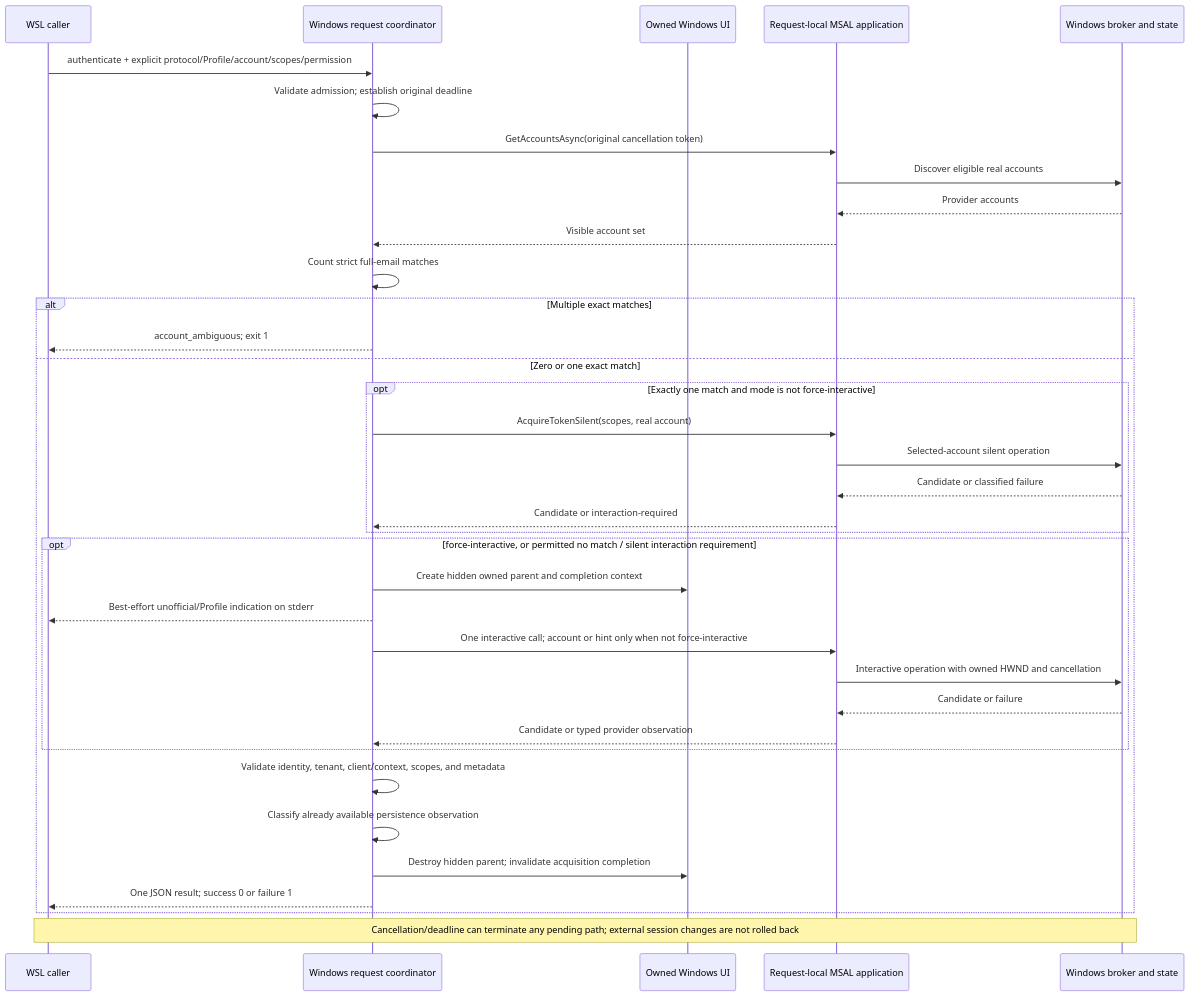
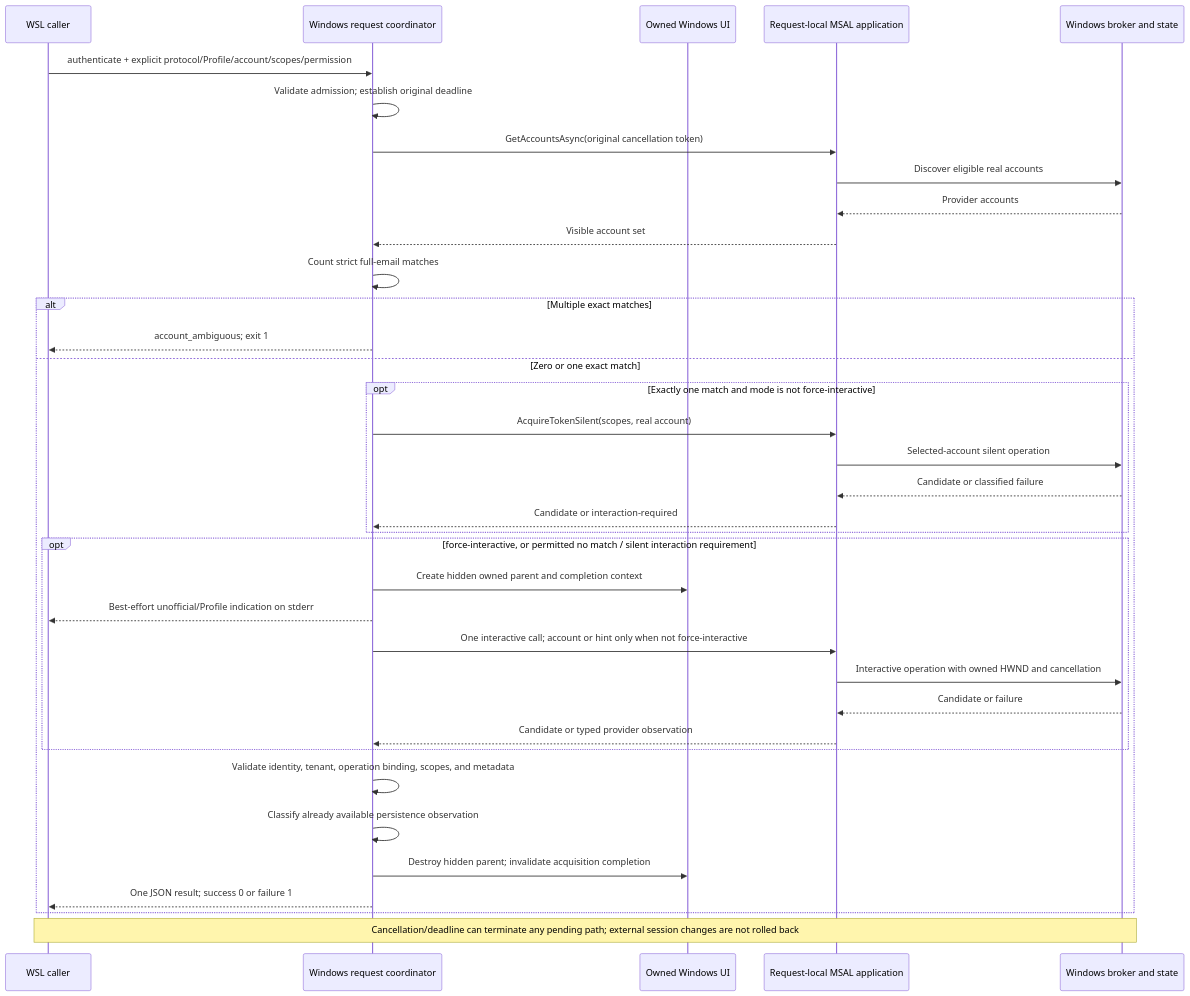
One commit to hcoona/microsoft-authentication-cli changed the second of 4 diagrams in docs/designs/windows-ado-authentication.md. Above: the diagram before and after it, drawn with Mermaid. The commit also changed other lines of this file and 5 other files, not shown here.

````diff
--- a/docs/designs/windows-ado-authentication.md
+++ b/docs/designs/windows-ado-authentication.md
@@ -750,38 +750,38 @@
 ```mermaid
 sequenceDiagram
     participant Caller as WSL caller
     participant CLI as Windows request coordinator
     participant UI as Owned Windows UI
     participant MSAL as Request-local MSAL application
     participant WAM as Windows broker and state
     Caller->>CLI: authenticate + explicit protocol/Profile/account/scopes/permission
     CLI->>CLI: Validate admission#59; establish original deadline
     CLI->>MSAL: GetAccountsAsync(original cancellation token)
     MSAL->>WAM: Discover eligible real accounts
     WAM-->>MSAL: Provider accounts
     MSAL-->>CLI: Visible account set
     CLI->>CLI: Count strict full-email matches
     alt Multiple exact matches
         CLI-->>Caller: account_ambiguous#59; exit 1
     else Zero or one exact match
         opt Exactly one match and mode is not force-interactive
             CLI->>MSAL: AcquireTokenSilent(scopes, real account)
             MSAL->>WAM: Selected-account silent operation
             WAM-->>MSAL: Candidate or classified failure
             MSAL-->>CLI: Candidate or interaction-required
         end
         opt force-interactive, or permitted no match / silent interaction requirement
             CLI->>UI: Create hidden owned parent and completion context
             CLI-->>Caller: Best-effort unofficial/Profile indication on stderr
             CLI->>MSAL: One interactive call#59; account or hint only when not force-interactive
             MSAL->>WAM: Interactive operation with owned HWND and cancellation
             WAM-->>MSAL: Candidate or failure
             MSAL-->>CLI: Candidate or typed provider observation
         end
-        CLI->>CLI: Validate identity, tenant, client/context, scopes, and metadata
+        CLI->>CLI: Validate identity, tenant, operation binding, scopes, and metadata
         CLI->>CLI: Classify already available persistence observation
         CLI->>UI: Destroy hidden parent#59; invalidate acquisition completion
         CLI-->>Caller: One JSON result#59; success 0 or failure 1
     end
     Note over Caller,WAM: Cancellation/deadline can terminate any pending path#59; external session changes are not rolled back
 ```
````
